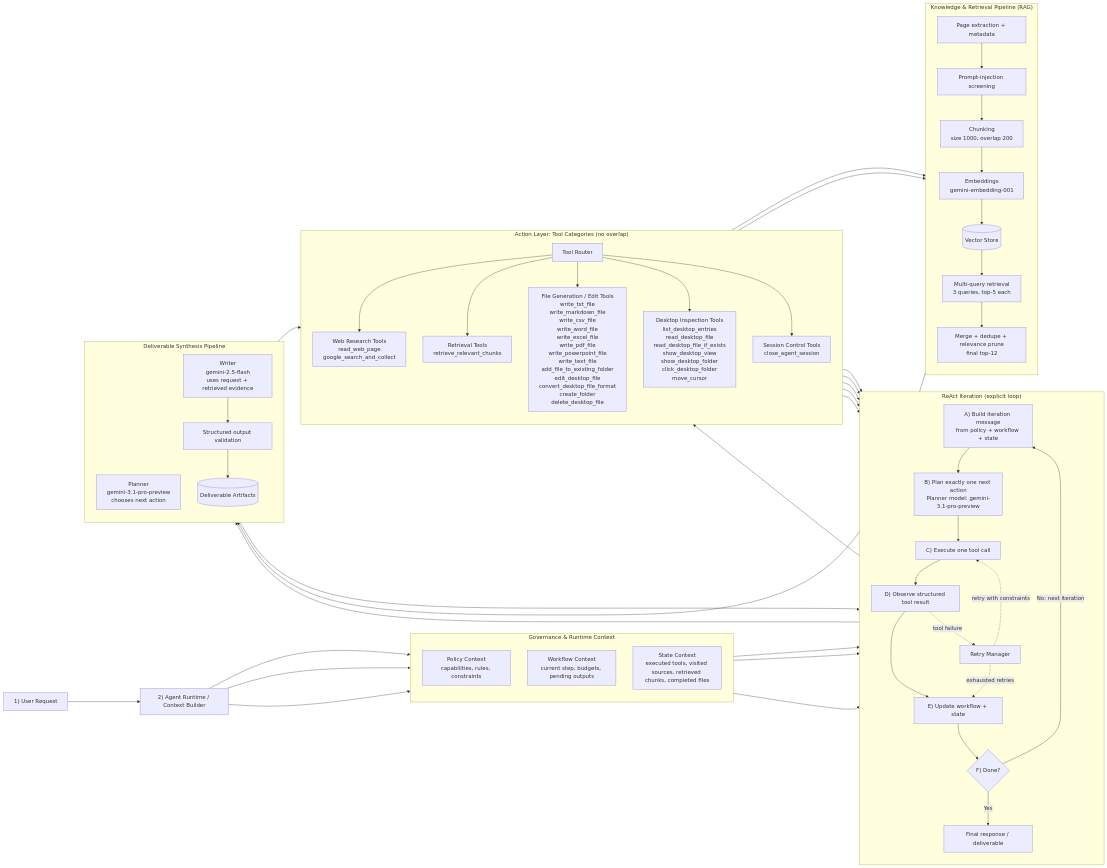
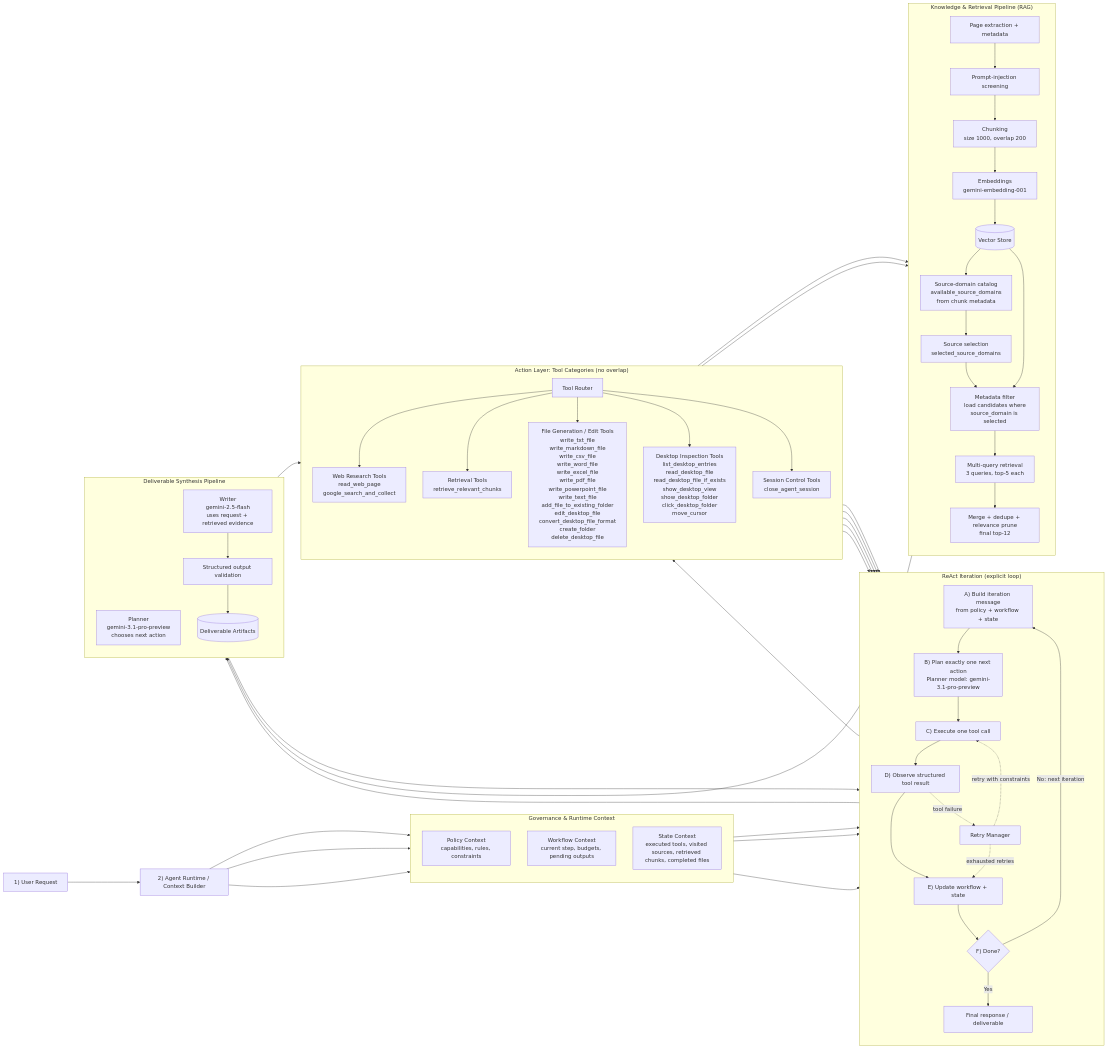
Before and after one commit to Giannantonio26/blueberry: the diagram in README.md, drawn with Mermaid.

Commit message:
docs: show retrieval source selection in diagram

```diff
--- a/README.md
+++ b/README.md
@@ -178,17 +178,27 @@
     EMBED["Embeddings
 gemini-embedding-001"]
     VS[("Vector Store")]
+    DOMAINS["Source-domain catalog
+available_source_domains
+from chunk metadata"]
+    SELECT["Source selection
+selected_source_domains"]
+    FILTER["Metadata filter
+load candidates where
+source_domain is selected"]
     MQR["Multi-query retrieval
 3 queries, top-5 each"]
     PRUNE["Merge + dedupe + relevance prune
 final top-12"]
 
     EXTRACT --> INJECT --> CHUNK --> EMBED --> VS
-    VS --> MQR --> PRUNE
+    VS --> DOMAINS --> SELECT --> FILTER
+    VS --> FILTER
+    FILTER --> MQR --> PRUNE
   end
 
   WEB --> EXTRACT
-  RETR --> MQR
+  RETR --> SELECT
 
   subgraph GEN["Deliverable Synthesis Pipeline"]
     direction TB
```
